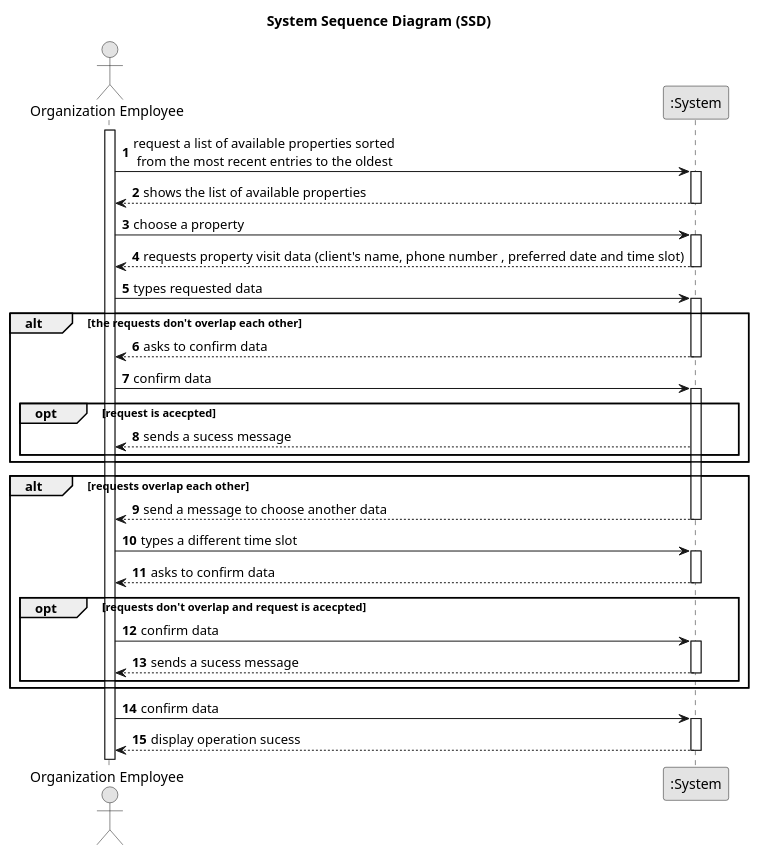
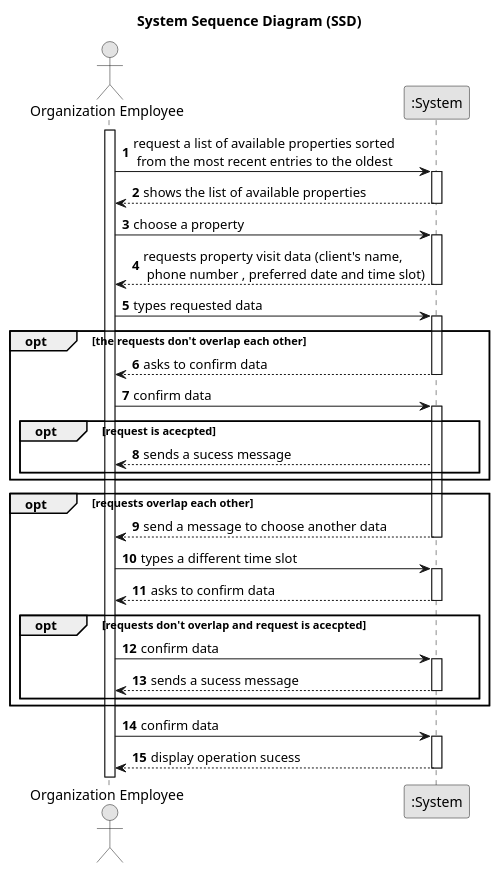
Before and after one commit to Rodrick0209/ISEP-LAPR2-22-23: the diagram in docs/Sprint-C/US009/01.requirements-engineering/puml/us009-system-sequence-diagram-alternative-one.puml, drawn with PlantUML. The commit also changed 2 other files, not shown here.

```diff
--- a/docs/Sprint-C/US009/01.requirements-engineering/puml/us009-system-sequence-diagram-alternative-one.puml
+++ b/docs/Sprint-C/US009/01.requirements-engineering/puml/us009-system-sequence-diagram-alternative-one.puml
@@ -1,72 +1,73 @@
 @startuml
 skinparam monochrome true
 skinparam packageStyle rectangle
 skinparam shadowing false
 
 title System Sequence Diagram (SSD)
 
 autonumber
 
 actor "Organization Employee" as Employee
 participant ":System" as System
 
 activate Employee
 
 
     Employee -> System : request a list of available properties sorted\n from the most recent entries to the oldest
     activate System
 
         System --> Employee : shows the list of available properties
     deactivate System
 
     Employee -> System :  choose a property
     activate System
 
-        System --> Employee : requests property visit data (client's name, phone number , preferred date and time slot)
+        System --> Employee : requests property visit data (client's name,\n phone number , preferred date and time slot)
     deactivate System
 
     Employee -> System : types requested data
     activate System
 
-alt the requests don't overlap each other
+opt the requests don't overlap each other
 
         System --> Employee : asks to confirm data
     deactivate System
 
     Employee -> System : confirm data
     activate System
 
 opt request is acecpted
     System --> Employee :sends a sucess message
 end
 end
-alt requests overlap each other
+
+opt requests overlap each other
 
     System --> Employee : send a message to choose another data
     deactivate System
 
     Employee -> System : types a different time slot
     activate System
 
     System --> Employee : asks to confirm data
     deactivate System
 
     opt requests don't overlap and request is acecpted
         Employee -> System : confirm data
             activate System
 
         System --> Employee :sends a sucess message
             deactivate System
     end
 
 end
 
     deactivate System
 
      Employee -> System : confirm data
 
      activate System
 
             System --> Employee : display operation sucess
      deactivate System
 @enduml
```
